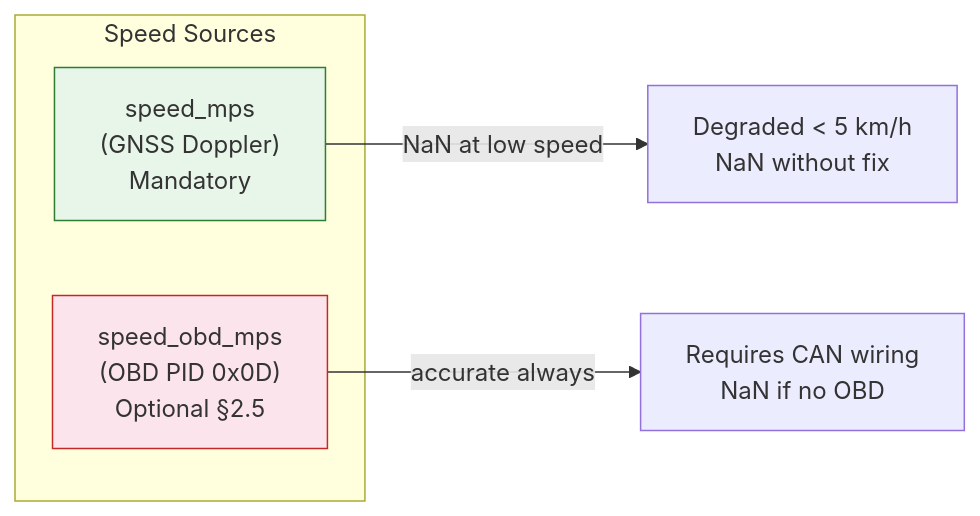
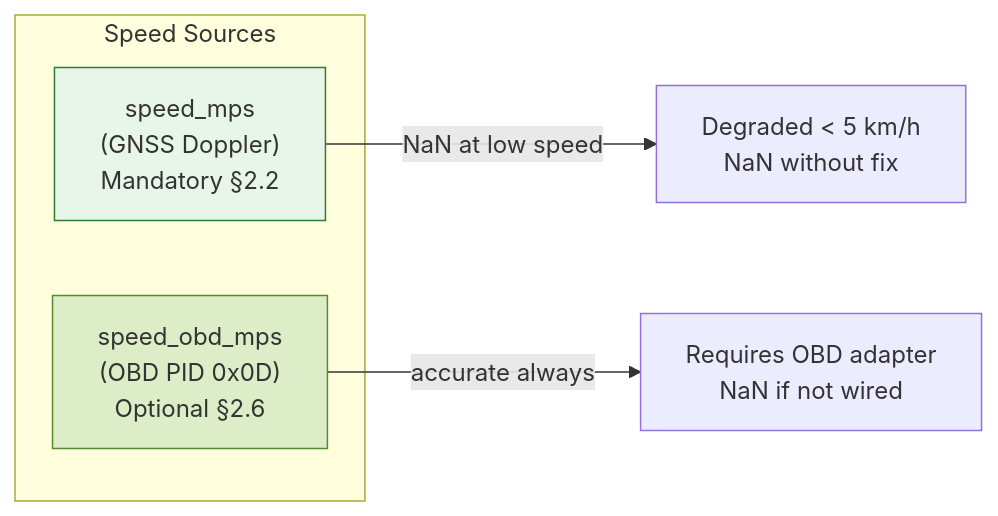
The fourth of 8 diagrams in spec/SPEC-01-record-format.md (telemachus3/telemachus), drawn with Mermaid before and after one commit. The commit also changed other lines of this file, not shown here.

Commit message:
SPEC-01: 7 functional groups (GNSS, IMU, OBD, CAN future, I/O, Extra), device_id/trip_id recommended

````diff
--- a/spec/SPEC-01-record-format.md
+++ b/spec/SPEC-01-record-format.md
@@ -192,13 +226,13 @@
 ```mermaid
 graph LR
     subgraph SPEED["Speed Sources"]
-        GPS_S["speed_mps\n(GNSS Doppler)\nMandatory"]
-        OBD_S["speed_obd_mps\n(OBD PID 0x0D)\nOptional §2.5"]
+        GPS_S["speed_mps\n(GNSS Doppler)\nMandatory §2.2"]
+        OBD_S["speed_obd_mps\n(OBD PID 0x0D)\nOptional §2.6"]
     end
 
     GPS_S -- "NaN at low speed" --> NOTE1["Degraded < 5 km/h\nNaN without fix"]
-    OBD_S -- "accurate always" --> NOTE2["Requires CAN wiring\nNaN if no OBD"]
+    OBD_S -- "accurate always" --> NOTE2["Requires OBD adapter\nNaN if not wired"]
 
     style GPS_S fill:#e8f5e9,stroke:#2e7d32
-    style OBD_S fill:#fce4ec,stroke:#c62828
+    style OBD_S fill:#dcedc8,stroke:#558b2f
 ```
````
